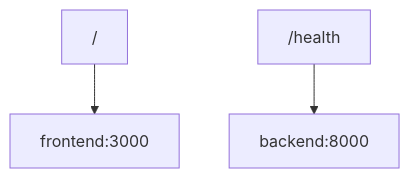
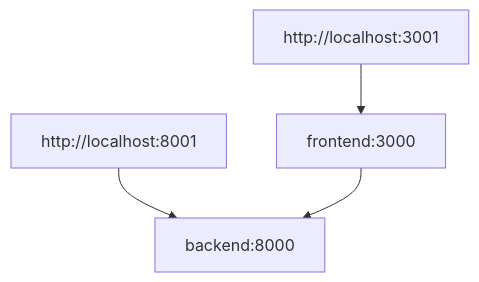
One commit to batty211/immigration-ai-office changed the second of 2 diagrams in docs/ARCHITECTURE.md. Above: the diagram before and after it, drawn with Mermaid. The commit also changed other lines of this file and 11 other files, not shown here.

````diff
--- a/docs/ARCHITECTURE.md
+++ b/docs/ARCHITECTURE.md
@@ -38,5 +36,6 @@
 ```mermaid
 flowchart TD
-    Root["/"] --> Frontend["frontend:3000"]
-    Health["/health"] --> Backend["backend:8000"]
+    FrontendURL["http://localhost:3001"] --> Frontend["frontend:3000"]
+    BackendURL["http://localhost:8001"] --> Backend["backend:8000"]
+    Frontend --> Backend
 ```
````
